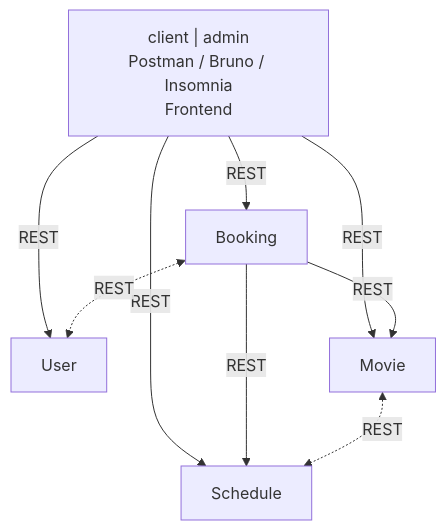
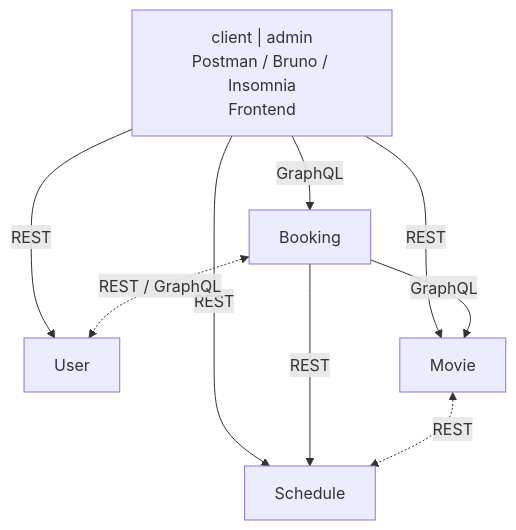
Before and after one commit to lboeglin/UE-AD-A1-REST: the diagram in README.md, drawn with Mermaid. The commit also changed other lines of this file and 8 other files, not shown here.

Commit message:
feat: réécriture du service booking en GraphQL

````diff
--- a/README.md
+++ b/README.md
@@ -50,20 +50,20 @@
 ```mermaid
 flowchart TD
     Client["client | admin<br/>Postman / Bruno / Insomnia<br/>Frontend"]
 
     User
     Booking
     Schedule
     Movie
 
     Client -->|REST| User
-    Client -->|REST| Booking
+    Client -->|GraphQL| Booking
     Client -->|REST| Schedule
     Client -->|REST| Movie
 
-    Booking -->|REST| Movie
+    Booking -->|GraphQL| Movie
     Booking -->|REST| Schedule
 
-    Booking <-.->|REST| User
+    Booking <-.->|REST / GraphQL| User
     Movie <-.->|REST| Schedule
 ```
````
